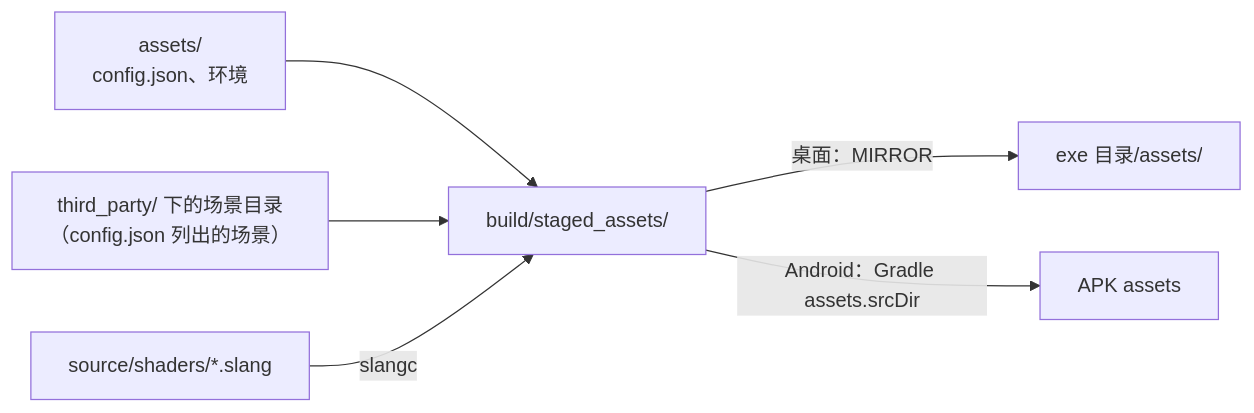
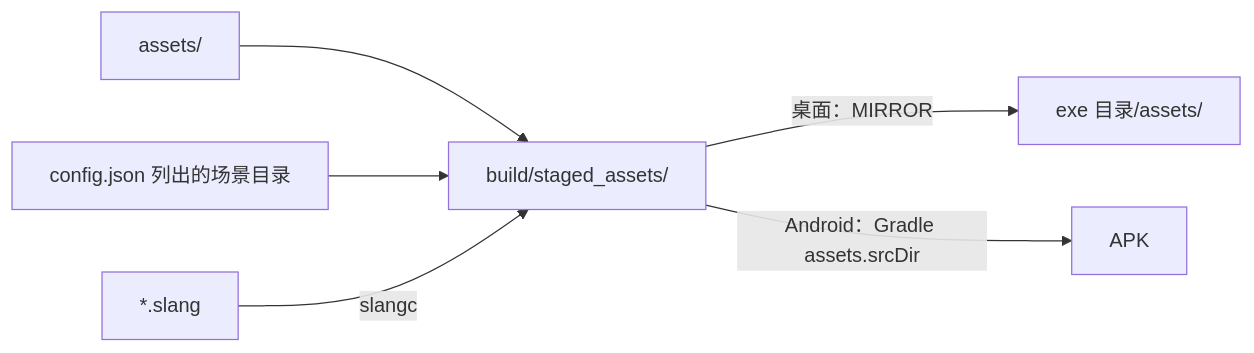
One commit to ChenJiaming5613/MEngine changed the fifth of 5 diagrams in docs/Architecture.md. Above: the diagram before and after it, drawn with Mermaid. The commit also changed other lines of this file and 64 other files, not shown here.

````diff
--- a/docs/Architecture.md
+++ b/docs/Architecture.md
@@ -600,8 +205,8 @@
 ```mermaid
 graph LR
-    A["assets/<br/>config.json、环境"] --> S["build/staged_assets/"]
-    M["third_party/ 下的场景目录<br/>（config.json 列出的场景）"] --> S
-    H["source/shaders/*.slang"] -- slangc --> S
+    A["assets/"] --> S["build/staged_assets/"]
+    M["config.json 列出的场景目录"] --> S
+    H["*.slang"] -- slangc --> S
     S -- 桌面：MIRROR --> E["exe 目录/assets/"]
-    S -- Android：Gradle assets.srcDir --> APK["APK assets"]
+    S -- Android：Gradle assets.srcDir --> APK
 ```
````
